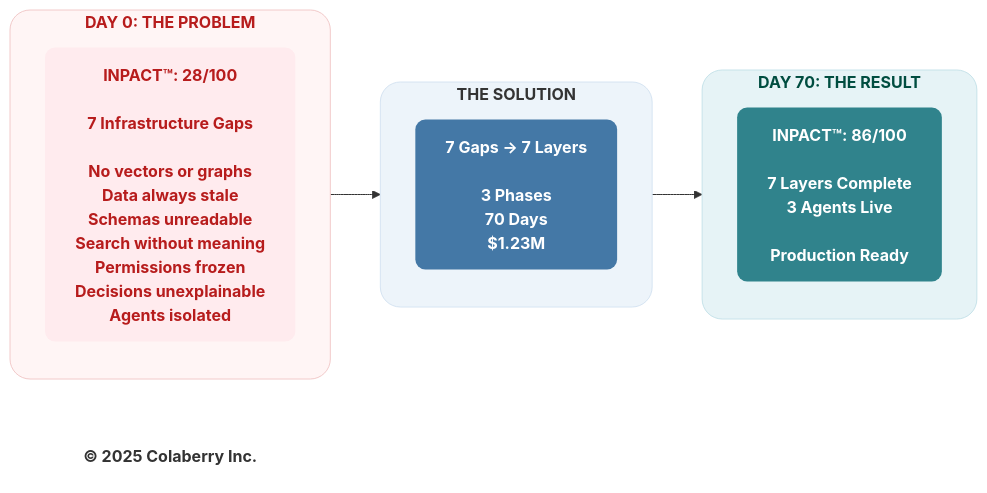
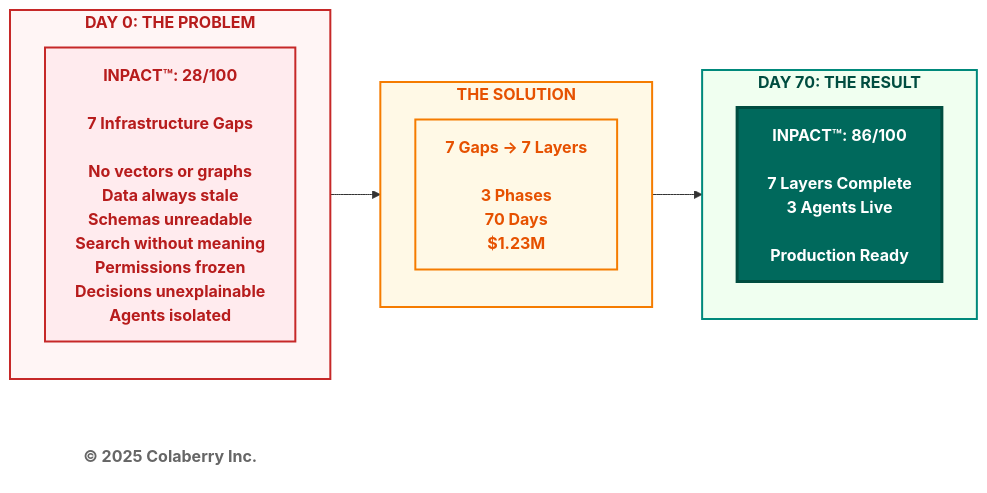
The first of 4 diagrams in manuscript/04_chapter_3_from_bi_to_agent.md (saitejesh-cyber/trust-before-intelligence-book), drawn with Mermaid before and after one commit. The commit also changed other lines of this file and 12 other files, not shown here.

Commit message:
Restore legacy Mermaid styles for Option 1

````diff
--- a/manuscript/04_chapter_3_from_bi_to_agent.md
+++ b/manuscript/04_chapter_3_from_bi_to_agent.md
@@ -29,36 +29,36 @@
 ```mermaid
 graph LR
     subgraph BEFORE["<b>DAY 0: THE PROBLEM</b>"]
         direction TB
         B1["<b>INPACT™: 28/100</b><br/><br/><b>7 Infrastructure Gaps</b><br/><br/><b>No vectors or graphs</b><br/><b>Data always stale</b><br/><b>Schemas unreadable</b><br/><b>Search without meaning</b><br/><b>Permissions frozen</b><br/><b>Decisions unexplainable</b><br/><b>Agents isolated</b>"]
     end
     
     subgraph SOLUTION["<b>THE SOLUTION</b>"]
         direction TB
         S1["<b>7 Gaps → 7 Layers</b><br/><br/><b>3 Phases</b><br/><b>70 Days</b><br/><b>$1.23M</b>"]
     end
     
     subgraph AFTER["<b>DAY 70: THE RESULT</b>"]
         direction TB
         A1["<b>INPACT™: 86/100</b><br/><br/><b>7 Layers Complete</b><br/><b>3 Agents Live</b><br/><br/><b>Production Ready</b>"]
     end
     
     Copyright["<b>© 2025 Colaberry Inc.</b>"]
     
     BEFORE --> SOLUTION --> AFTER
-
-    %% 🔴 FAILURE / BI-ERA
-    style BEFORE fill:#fff5f5,stroke:#f2caca,stroke-width:1px,color:#b71c1c,rx:20,ry:20
-    style B1 fill:#ffebee,stroke:none,color:#b71c1c,rx:10,ry:10
-
-    %% 🔵 TRANSFORMATION / CHANGE
-    style SOLUTION fill:#edf4fa,stroke:#d6e4f2,stroke-width:1px,color:#333333,rx:20,ry:20
-    style S1 fill:#4478A6,stroke:none,color:#ffffff,rx:10,ry:10
-
-    %% 🟢 TRUSTED / INPACT™-FULFILLED
-    style AFTER fill:#e6f3f6,stroke:#c7e3ea,stroke-width:1px,color:#004d40,rx:20,ry:20
-    style A1 fill:#30838C,stroke:none,color:#ffffff,rx:10,ry:10
-
-    %% FOOTER
-    style Copyright fill:none,stroke:none,color:#333333
+    
+    %% RED - Problems/Old Era (Day 0 with gaps)
+    style BEFORE fill:#fff5f5,stroke:#c62828,stroke-width:2px,color:#b71c1c
+    style B1 fill:#ffebee,stroke:#c62828,stroke-width:2px,color:#b71c1c
+    
+    %% ORANGE - Transition/Solution
+    style SOLUTION fill:#fff9e6,stroke:#f57c00,stroke-width:2px,color:#e65100
+    style S1 fill:#fff9e6,stroke:#f57c00,stroke-width:2px,color:#e65100
+    
+    %% TEAL - Success/Result (Day 70)
+    style AFTER fill:#f0fff0,stroke:#00897b,stroke-width:2px,color:#004d40
+    style A1 fill:#00695c,color:#ffffff,stroke:#004d40,stroke-width:3px
+    
+    %% Copyright
+    style Copyright fill:#ffffff,stroke:none,color:#666666
 ```
````
